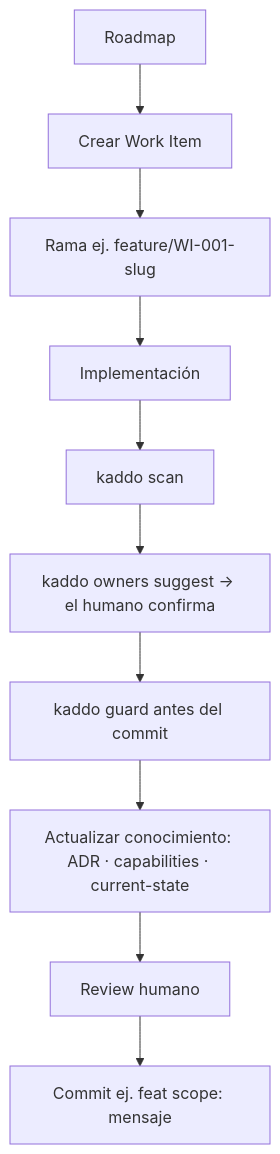
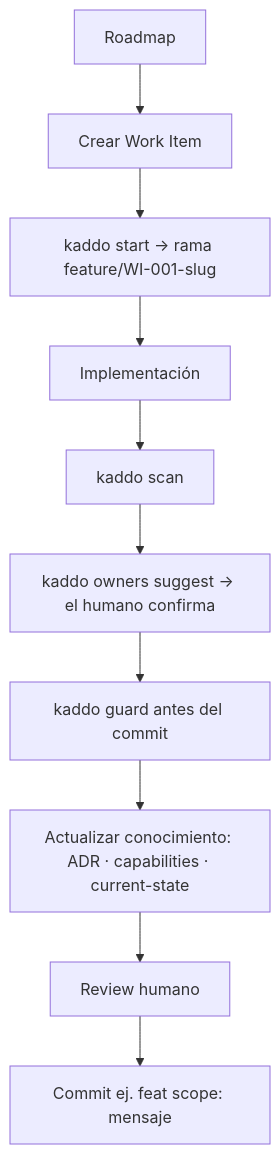
One commit to Kaddo-kdd/kaddo changed the ninth of 12 diagrams in apps/docs/src/content/docs/es/visual-guide.md. Above: the diagram before and after it, drawn with Mermaid. The commit also changed other lines of this file and 19 other files, not shown here.

First line of the commit message:
feat(cli): kaddo start creates the work-item branch (VS-036)

````diff
--- a/apps/docs/src/content/docs/es/visual-guide.md
+++ b/apps/docs/src/content/docs/es/visual-guide.md
@@ -233,12 +233,12 @@
 ```mermaid
 flowchart TD
     A[Roadmap] --> B[Crear Work Item]
-    B --> C[Rama ej. feature/WI-001-slug]
+    B --> C[kaddo start → rama feature/WI-001-slug]
     C --> D[Implementación]
     D --> E[kaddo scan]
     E --> F[kaddo owners suggest → el humano confirma]
     F --> G[kaddo guard antes del commit]
     G --> H[Actualizar conocimiento: ADR · capabilities · current-state]
     H --> I[Review humano]
     I --> J[Commit ej. feat scope: mensaje]
 ```
````
